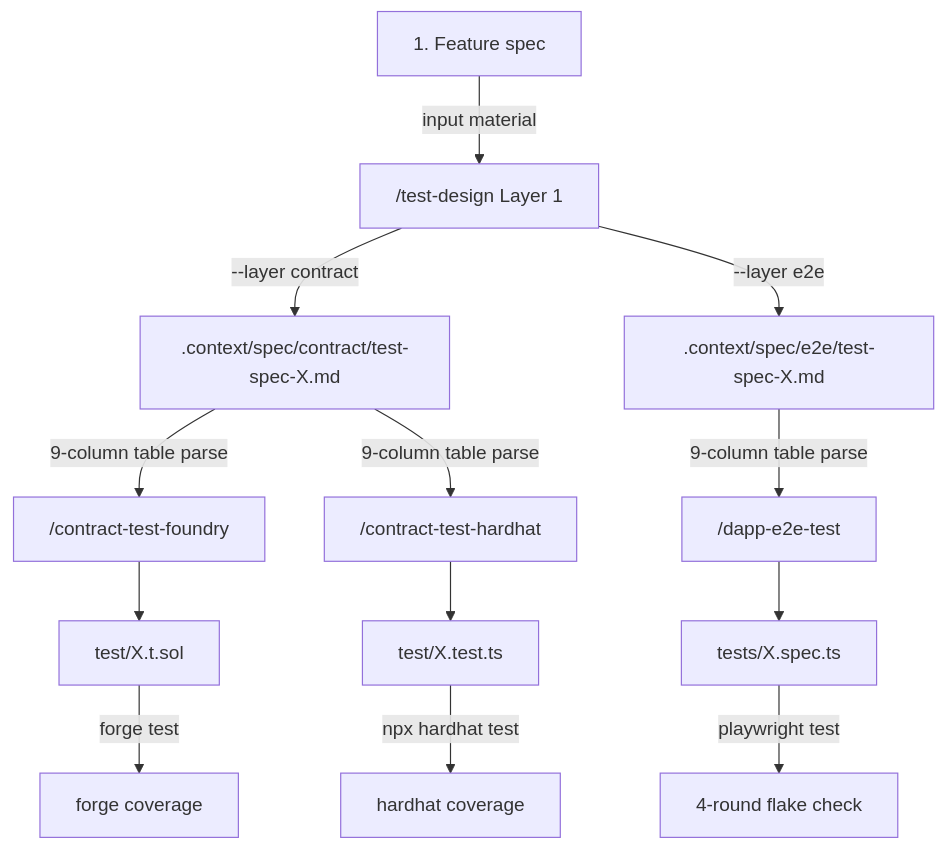
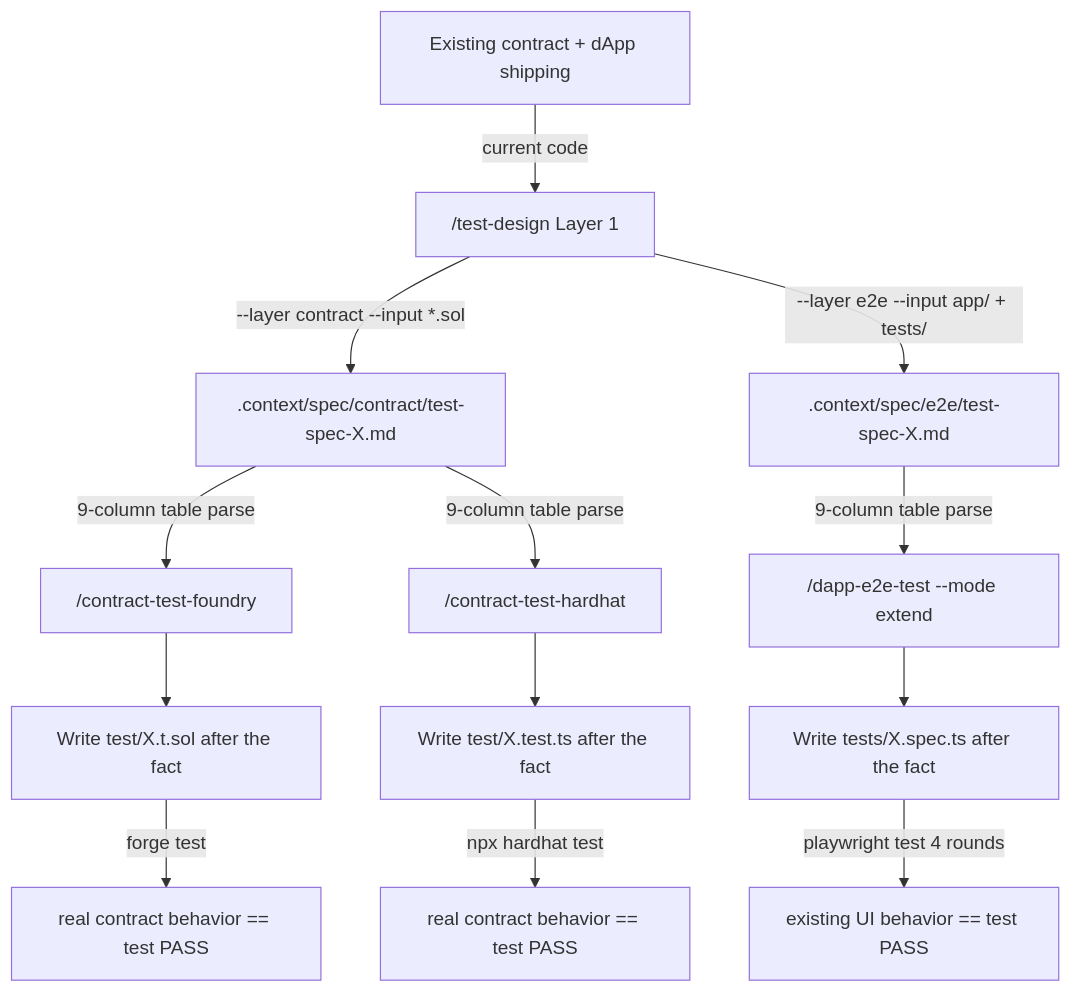
One commit to cardene777/kiwa changed the diagram in docs/en/cookbook/test-design-flow.md. Above: the diagram before and after it, drawn with Mermaid. The commit also changed other lines of this file and 4 other files, not shown here.

````diff
--- a/docs/en/cookbook/test-design-flow.md
+++ b/docs/en/cookbook/test-design-flow.md
@@ -9,15 +11,15 @@
 ```mermaid
 graph TD
-    A[1. Feature spec] -->|input material| B["/test-design Layer 1"]
-    B -->|--layer contract| C[.context/spec/contract/test-spec-X.md]
-    B -->|--layer e2e| D[.context/spec/e2e/test-spec-X.md]
+    A[Existing contract + dApp shipping] -->|current code| B["/test-design Layer 1"]
+    B -->|--layer contract --input *.sol| C[.context/spec/contract/test-spec-X.md]
+    B -->|--layer e2e --input app/ + tests/| D[.context/spec/e2e/test-spec-X.md]
     C -->|9-column table parse| E["/contract-test-foundry"]
     C -->|9-column table parse| F["/contract-test-hardhat"]
-    D -->|9-column table parse| G["/dapp-e2e-test"]
-    E --> H[test/X.t.sol]
-    F --> I[test/X.test.ts]
-    G --> J[tests/X.spec.ts]
-    H -->|forge test| K[forge coverage]
-    I -->|npx hardhat test| L[hardhat coverage]
-    J -->|playwright test| M[4-round flake check]
+    D -->|9-column table parse| G["/dapp-e2e-test --mode extend"]
+    E --> H[Write test/X.t.sol after the fact]
+    F --> I[Write test/X.test.ts after the fact]
+    G --> J[Write tests/X.spec.ts after the fact]
+    H -->|forge test| K[real contract behavior == test PASS]
+    I -->|npx hardhat test| L[real contract behavior == test PASS]
+    J -->|playwright test 4 rounds| M[existing UI behavior == test PASS]
 ```
````
